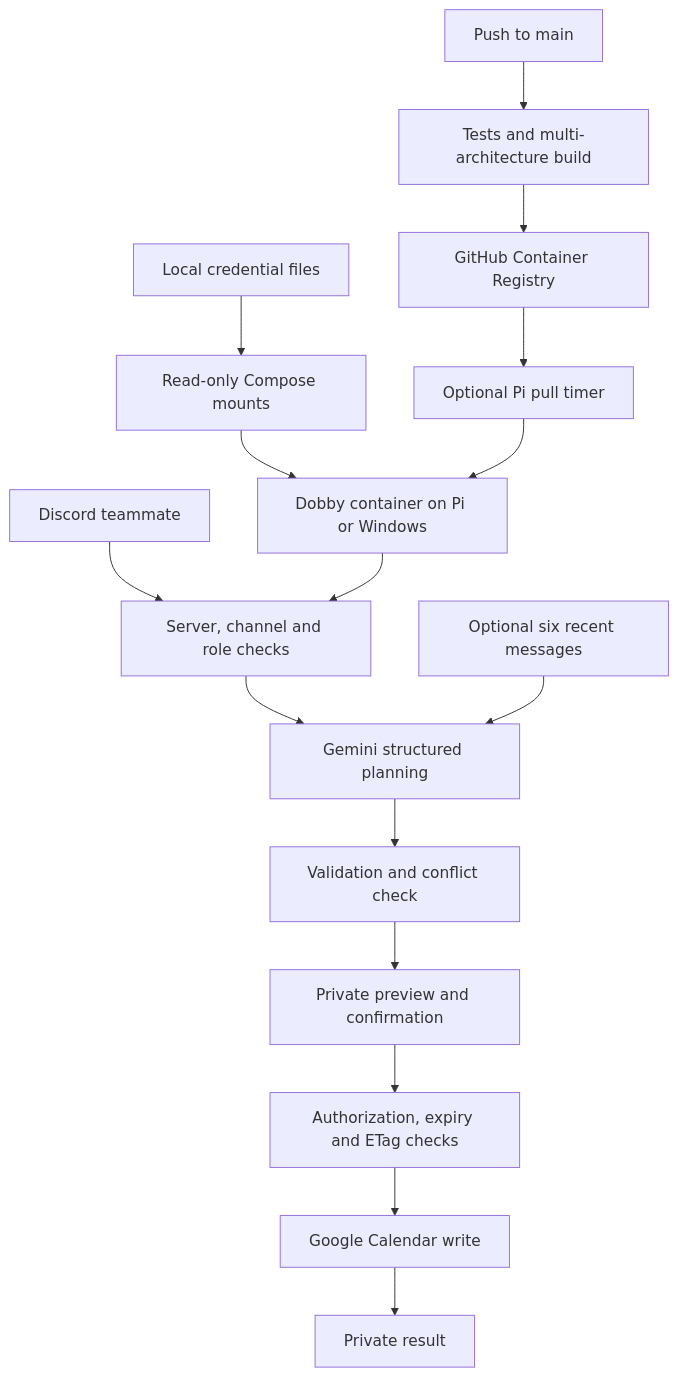
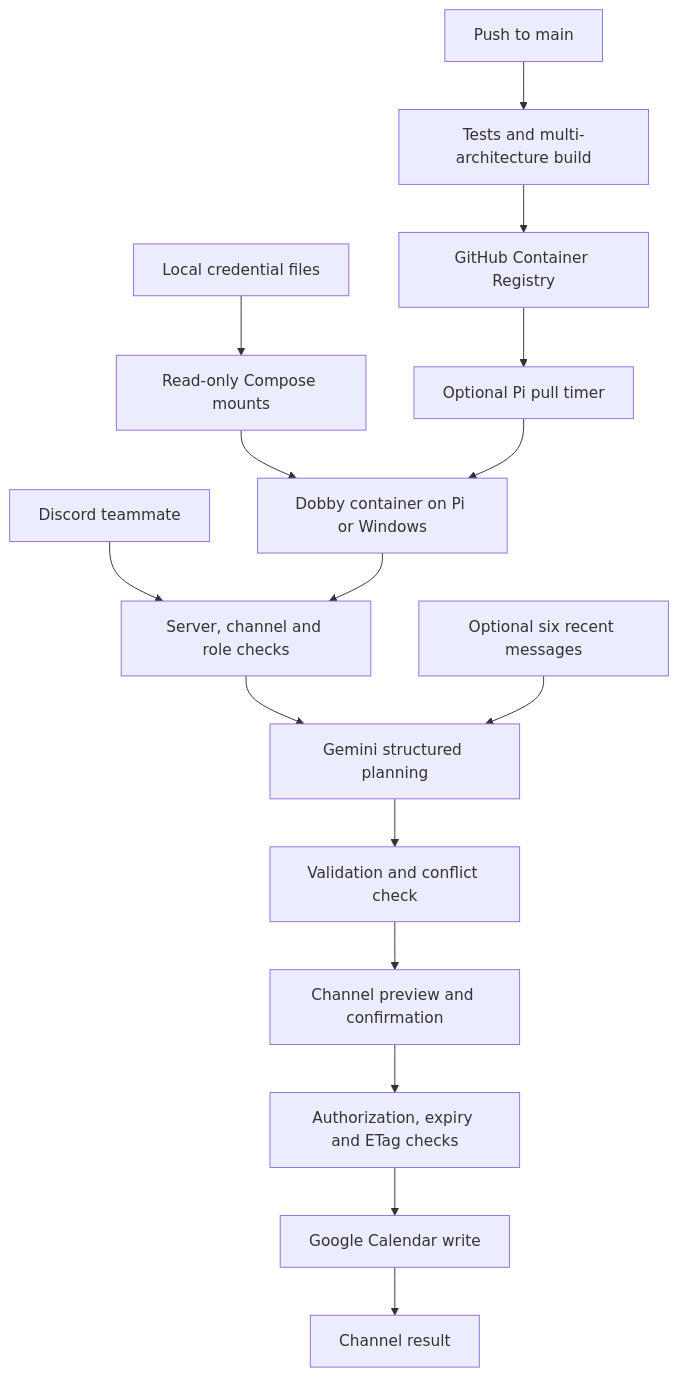
Before and after one commit to Phytonking/dobby: the diagram in ARCHITECTURE.md, drawn with Mermaid. The commit also changed other lines of this file and 5 other files, not shown here.

````diff
--- a/ARCHITECTURE.md
+++ b/ARCHITECTURE.md
@@ -9,18 +9,18 @@
 ```mermaid
 flowchart TD
     U[Discord teammate] --> A[Server, channel and role checks]
     A --> P[Gemini structured planning]
     H[Optional six recent messages] --> P
     P --> V[Validation and conflict check]
-    V --> C[Private preview and confirmation]
+    V --> C[Channel preview and confirmation]
     C --> R[Authorization, expiry and ETag checks]
     R --> G[Google Calendar write]
-    G --> O[Private result]
+    G --> O[Channel result]
     S[Local credential files] --> M[Read-only Compose mounts]
     M --> B[Dobby container on Pi or Windows]
     B --> A
     GH[Push to main] --> T[Tests and multi-architecture build]
     T --> CR[GitHub Container Registry]
     CR --> UP[Optional Pi pull timer]
     UP --> B
 ```
````
